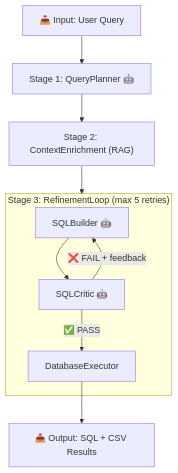
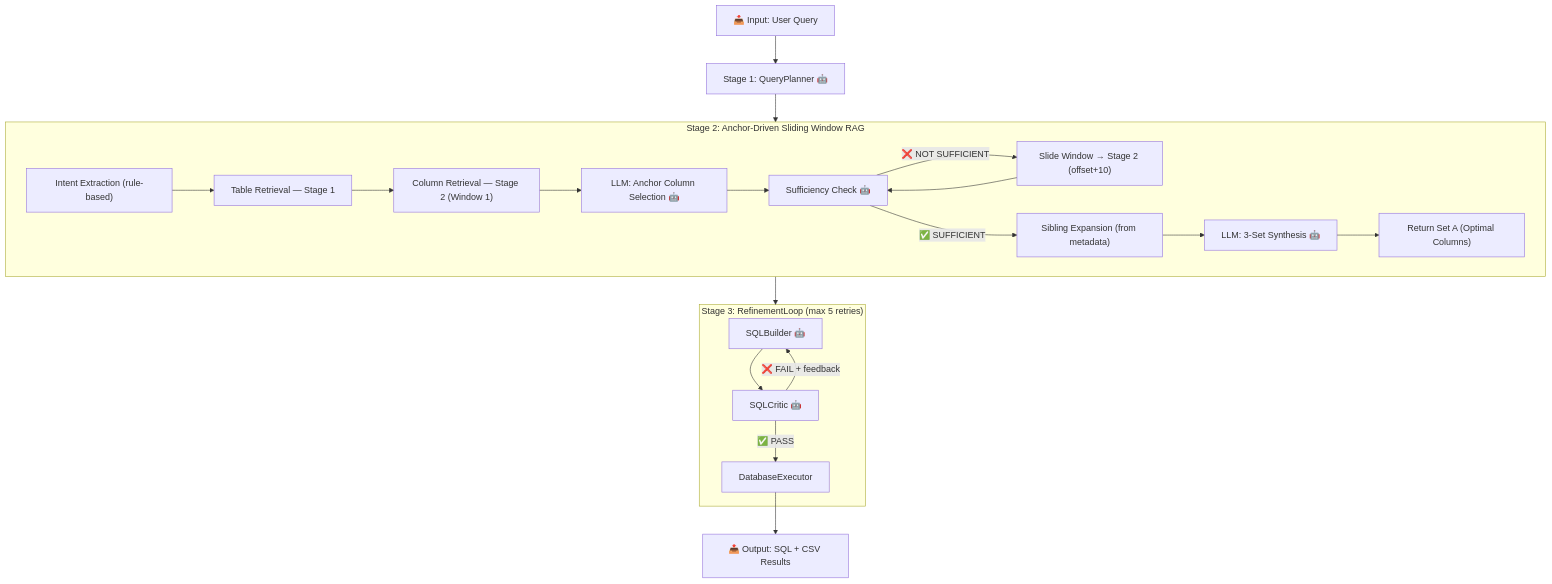
One commit to vikasvijigiri/TT_SQL changed the diagram in ARCHITECTURE.md. Above: the diagram before and after it, drawn with Mermaid. The commit also changed other lines of this file and 57 other files, not shown here.

Commit message:
feat: Introduce a RAG schema generation script, add numerous new JSON schema definition files, update documentation, and remove temporary log files.

````diff
--- a/ARCHITECTURE.md
+++ b/ARCHITECTURE.md
@@ -5,14 +5,26 @@
 ```mermaid
 flowchart TD
     A["📥 Input: User Query"] --> B["Stage 1: QueryPlanner 🤖"]
-    B --> C["Stage 2: ContextEnrichment (RAG)"]
+    B --> C["Stage 2: ContextEnrichment — Anchor-Driven RAG"]
     C --> D["Stage 3: RefinementLoop"]
+
+    subgraph C["Stage 2: Anchor-Driven Sliding Window RAG"]
+        C1["Intent Extraction (rule-based)"] --> C2["Table Retrieval — Stage 1"]
+        C2 --> C3["Column Retrieval — Stage 2 (Window 1)"]
+        C3 --> C4["LLM: Anchor Column Selection 🤖"]
+        C4 --> C5["Sufficiency Check 🤖"]
+        C5 -->|"❌ NOT SUFFICIENT"| C6["Slide Window → Stage 2 (offset+10)"]
+        C6 --> C5
+        C5 -->|"✅ SUFFICIENT"| C7["Sibling Expansion (from metadata)"]
+        C7 --> C8["LLM: 3-Set Synthesis 🤖"]
+        C8 --> C9["Return Set A (Optimal Columns)"]
+    end
 
     subgraph D["Stage 3: RefinementLoop (max 5 retries)"]
         D1["SQLBuilder 🤖"] --> D2["SQLCritic 🤖"]
         D2 -->|"❌ FAIL + feedback"| D1
         D2 -->|"✅ PASS"| D3["DatabaseExecutor"]
     end
 
     D3 --> H["📤 Output: SQL + CSV Results"]
 ```
````
